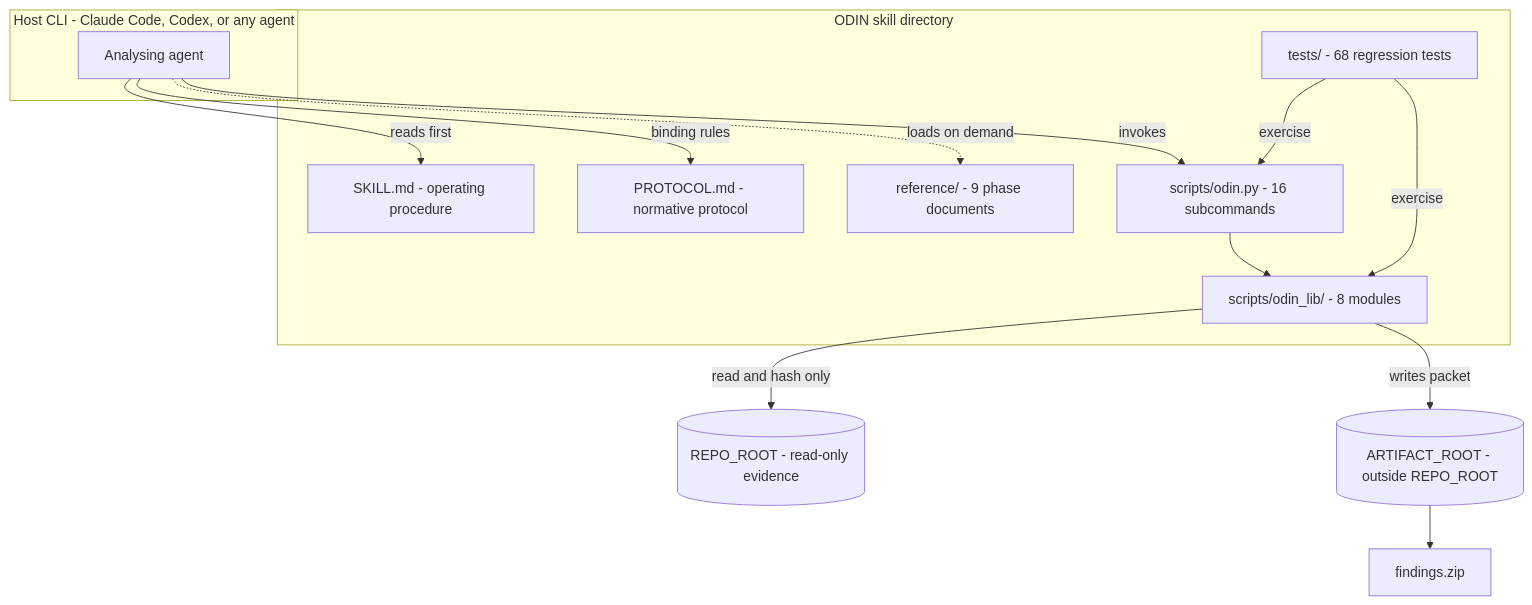
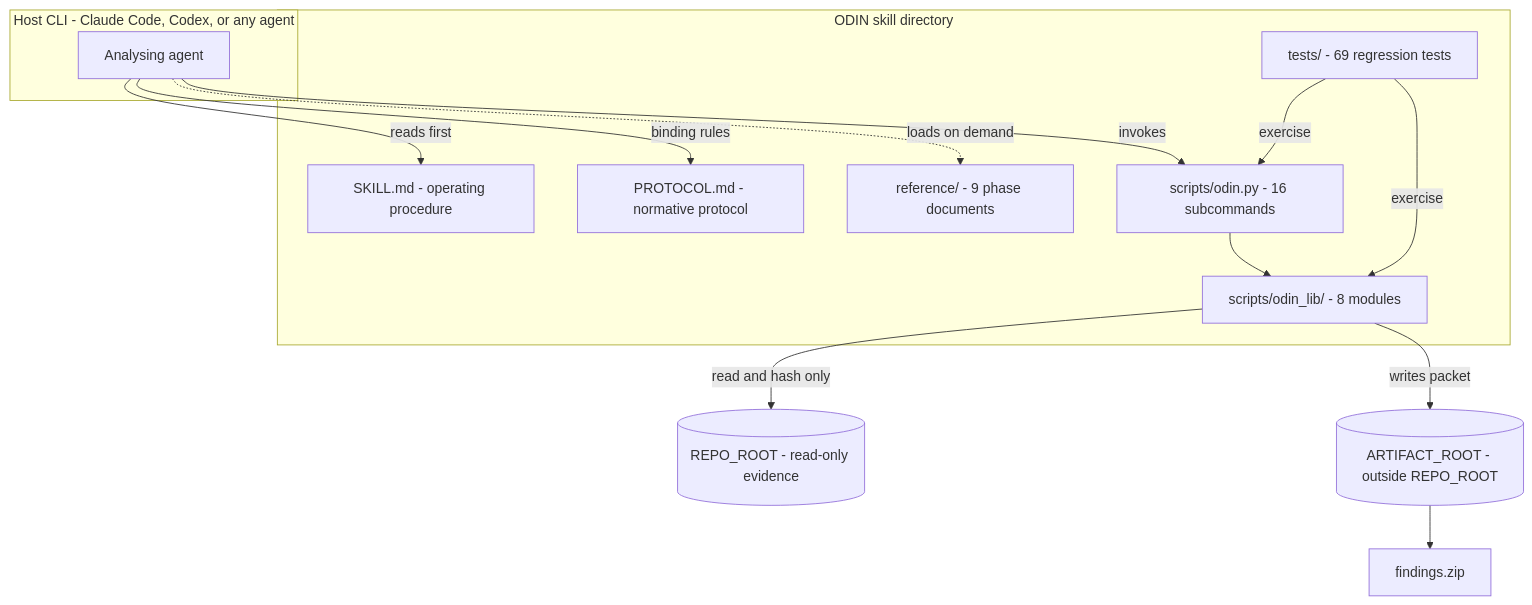
One commit to nullcromancer/null.odin changed the first of 2 diagrams in README.md. Above: the diagram before and after it, drawn with Mermaid. The commit also changed other lines of this file and 3 other files, not shown here.

````diff
--- a/README.md
+++ b/README.md
@@ -127,30 +128,30 @@
 ```mermaid
 graph TD
   subgraph host["Host CLI - Claude Code, Codex, or any agent"]
     agent["Analysing agent"]
   end
 
   subgraph skill["ODIN skill directory"]
     skillmd["SKILL.md - operating procedure"]
     protocol["PROTOCOL.md - normative protocol"]
     ref["reference/ - 9 phase documents"]
     cli["scripts/odin.py - 16 subcommands"]
     lib["scripts/odin_lib/ - 8 modules"]
-    tests["tests/ - 68 regression tests"]
+    tests["tests/ - 69 regression tests"]
   end
 
   repo[("REPO_ROOT - read-only evidence")]
   artifact[("ARTIFACT_ROOT - outside REPO_ROOT")]
   zip["findings.zip"]
 
   agent -->|reads first| skillmd
   agent -->|binding rules| protocol
   agent -.->|loads on demand| ref
   agent -->|invokes| cli
   cli --> lib
   tests -->|exercise| lib
   tests -->|exercise| cli
   lib -->|read and hash only| repo
   lib -->|writes packet| artifact
   artifact --> zip
 ```
````
